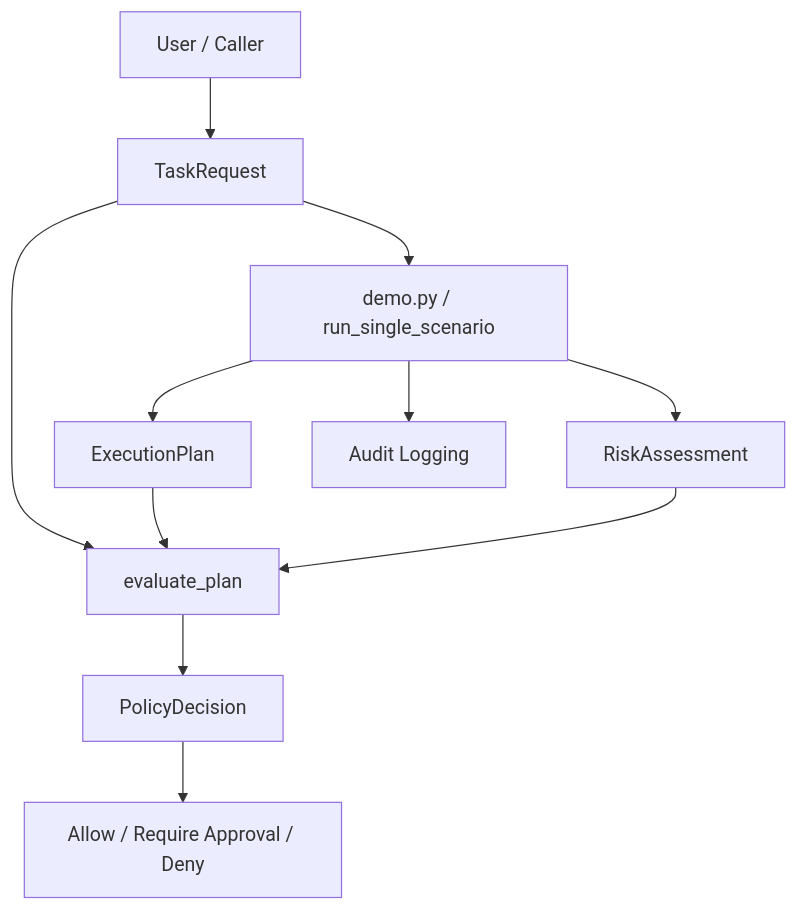
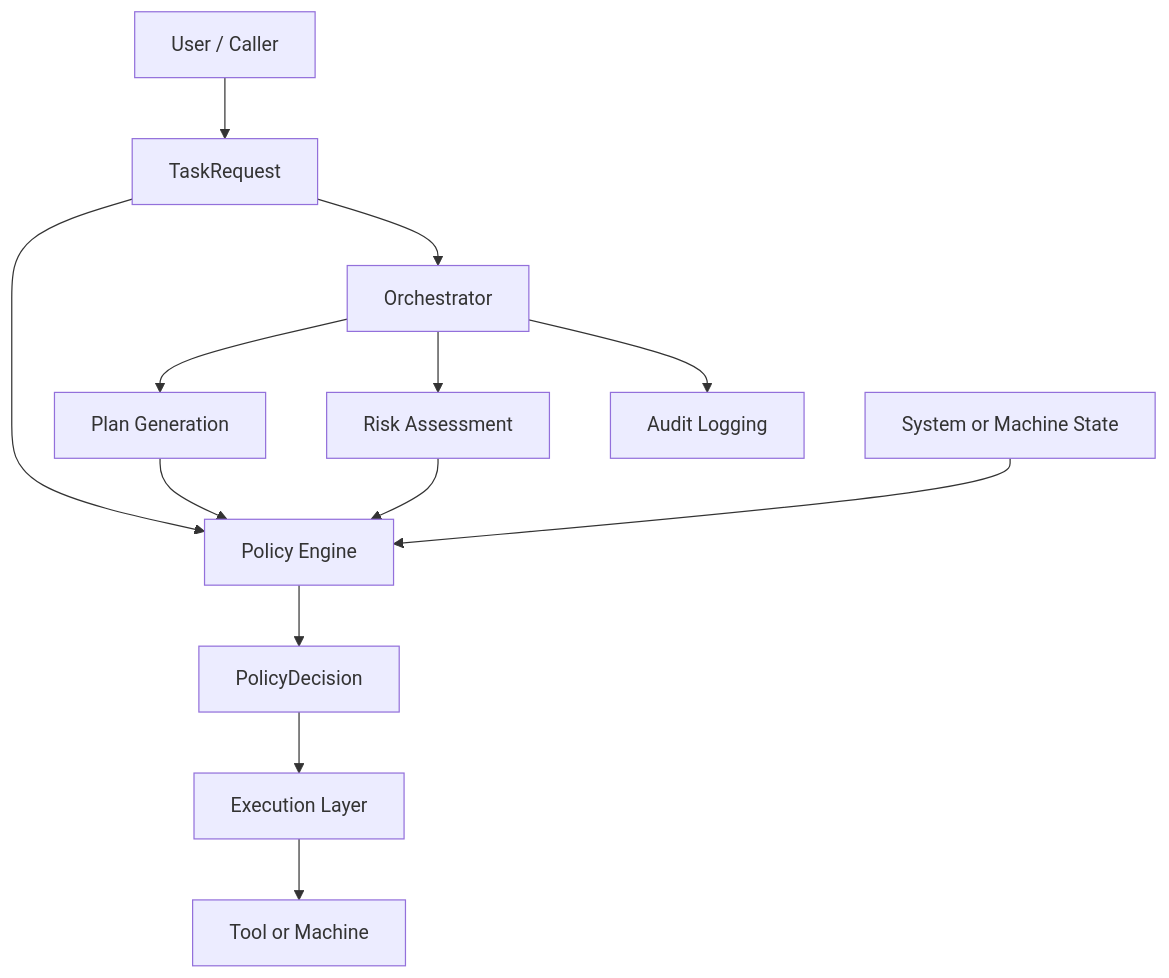
One commit to Ahasva/agent-control-core changed the second of 4 diagrams in README.md. Above: the diagram before and after it, drawn with Mermaid. The commit also changed other lines of this file, not shown here.

````diff
--- a/README.md
+++ b/README.md
@@ -227,13 +206,15 @@
 ```mermaid
 flowchart TD
     U[User / Caller] --> T[TaskRequest]
-    T --> D[demo.py / run_single_scenario]
-    D --> P[ExecutionPlan]
-    D --> R[RiskAssessment]
-    T --> E[evaluate_plan]
+    T --> O[Orchestrator]
+    O --> P[Plan Generation]
+    O --> R[Risk Assessment]
+    T --> E[Policy Engine]
     P --> E
     R --> E
-    E --> PD[PolicyDecision]
-    PD --> A[Allow / Require Approval / Deny]
-    D --> L[Audit Logging]
+    S[System or Machine State] --> E
+    E --> D[PolicyDecision]
+    D --> X[Execution Layer]
+    X --> M[Tool or Machine]
+    O --> L[Audit Logging]
 ```
````
